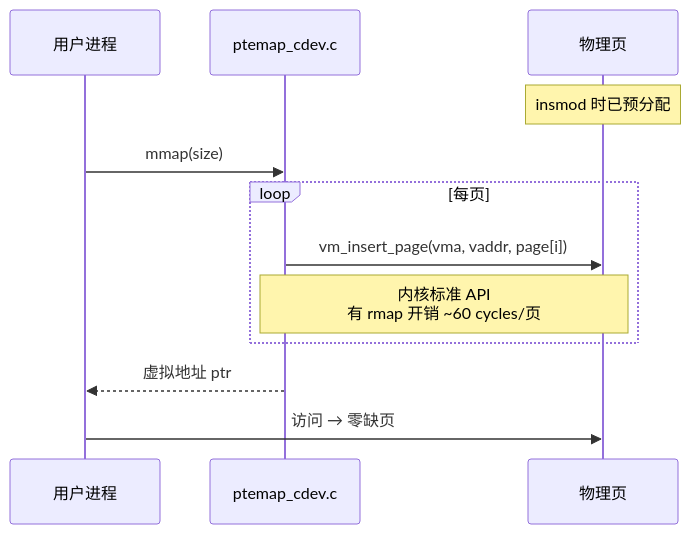
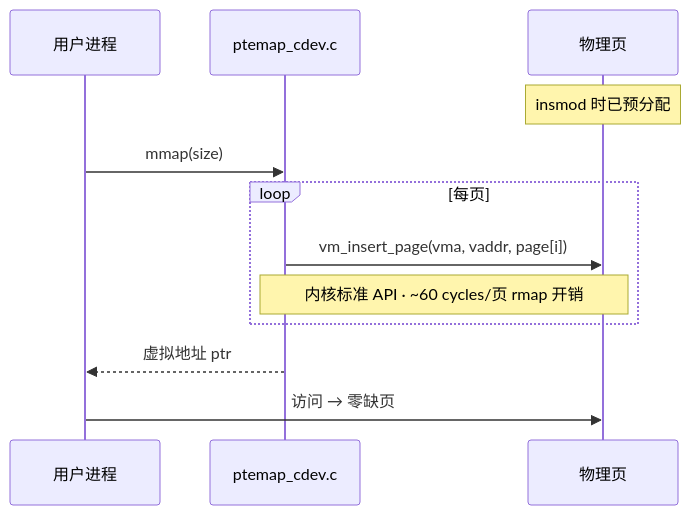
Before and after one commit to leafxuzm/Zerofault: the fourth of 6 diagrams in README.md, drawn with Mermaid. The commit also changed other lines of this file, not shown here.

First line of the commit message:
README: redesign with light/bright theme and Mermaid diagrams

````diff
--- a/README.md
+++ b/README.md
@@ -98,16 +129,16 @@
 ```mermaid
 sequenceDiagram
     participant U as 用户进程
     participant CDEV as ptemap_cdev.c
     participant MM as 物理页
 
     Note over MM: insmod 时已预分配
 
     U->>CDEV: mmap(size)
     loop 每页
         CDEV->>MM: vm_insert_page(vma, vaddr, page[i])
-        Note over CDEV,MM: 内核标准 API<br/>有 rmap 开销 ~60 cycles/页
+        Note over CDEV,MM: 内核标准 API · ~60 cycles/页 rmap 开销
     end
     CDEV-->>U: 虚拟地址 ptr
     U->>MM: 访问 → 零缺页
 ```
````
